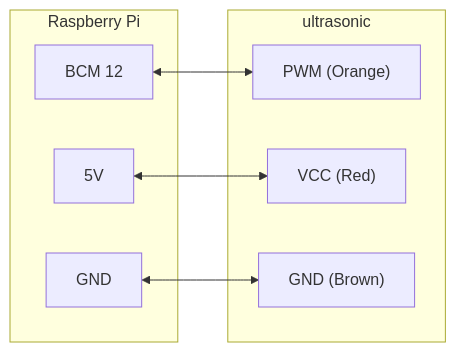
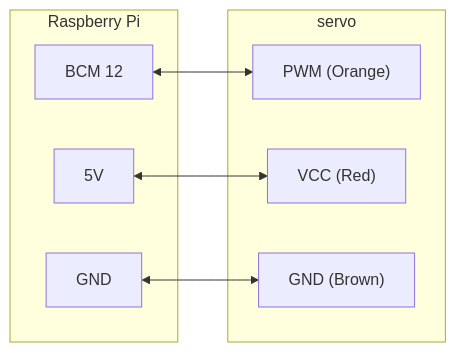
The second of 7 diagrams in README.md (lankahsu520/RPiP9), drawn with Mermaid before and after one commit. The commit also changed other lines of this file, not shown here.

````diff
--- a/README.md
+++ b/README.md
@@ -89,16 +95,16 @@
 ```mermaid
 flowchart LR
-	subgraph ultrasonic
+	subgraph servo
 		PWM["PWM (Orange)"]
 		VCC["VCC (Red)"]
 		GND["GND (Brown)"]
 	end
 	subgraph "Raspberry Pi"
 		BCM12[BCM 12]
 		5V_PI[5V]
 		GND_PI[GND]
 	end
 	BCM12 <--> PWM
 	5V_PI <--> VCC
 	GND_PI <--> GND
 ```
````
